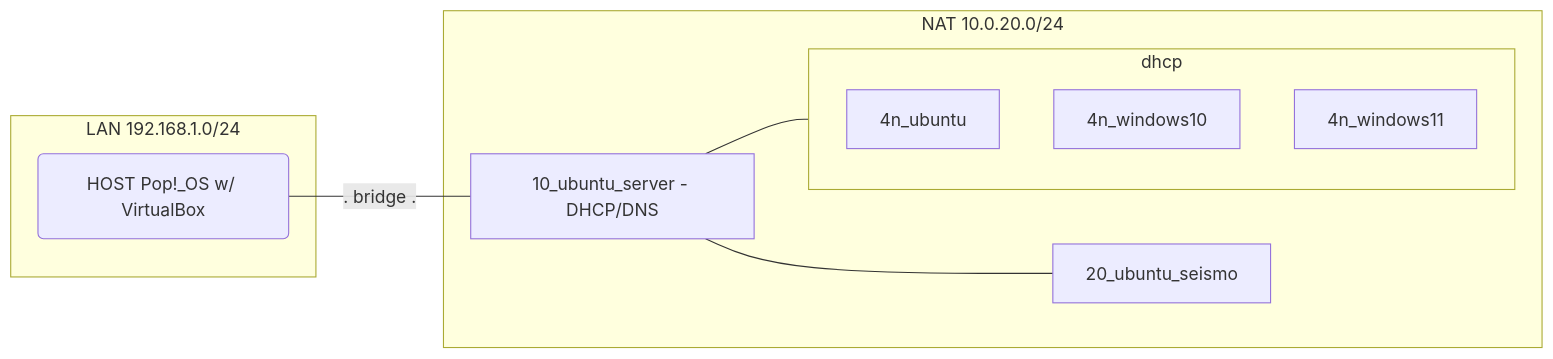
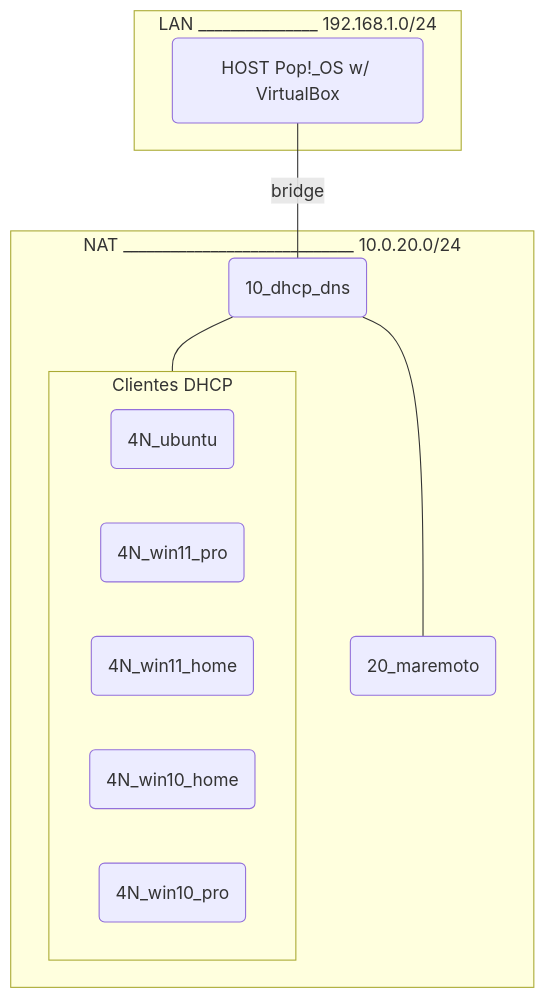
The diagram in README.md (pabloqpacin/lab_maremoto), drawn with Mermaid before and after one commit. The commit also changed other lines of this file and 3 other files, not shown here.

````diff
--- a/README.md
+++ b/README.md
@@ -5,21 +41,24 @@
 ```mermaid
-    flowchart LR;
+    flowchart TB;
 
-subgraph LAN[LAN 192.168.1.0/24]
+subgraph LAN[LAN _______________ 192.168.1.0/24]
 HOST(HOST Pop!_OS w/ VirtualBox)
 end
 
-HOST --. bridge .--- 10_ubuntu_server
+HOST -- bridge --- 10_dhcp_dns
 
+subgraph NAT[NAT _____________________________ 10.0.20.0/24]
+20_maremoto(20_maremoto)
+10_dhcp_dns(10_dhcp_dns) --- 20_maremoto
+10_dhcp_dns(10_dhcp_dns) --- dhcp
 
-subgraph NAT[NAT 10.0.20.0/24]
-20_ubuntu[20_ubuntu_seismo]
-10_ubuntu_server[10_ubuntu_server - DHCP/DNS] --- 20_ubuntu
-10_ubuntu_server[10_ubuntu_server - DHCP/DNS] --- dhcp
-subgraph dhcp
-4n_ubuntu
-4n_windows10
-4n_windows11
+subgraph dhcp[Clientes DHCP]
+4N_ubuntu(4N_ubuntu)
+4N_win11_pro(4N_win11_pro)
+4N_win11_home(4N_win11_home)
+4N_win10_home(4N_win10_home)
+4N_win10_pro(4N_win10_pro)
 end
+
 end
 ```
````
